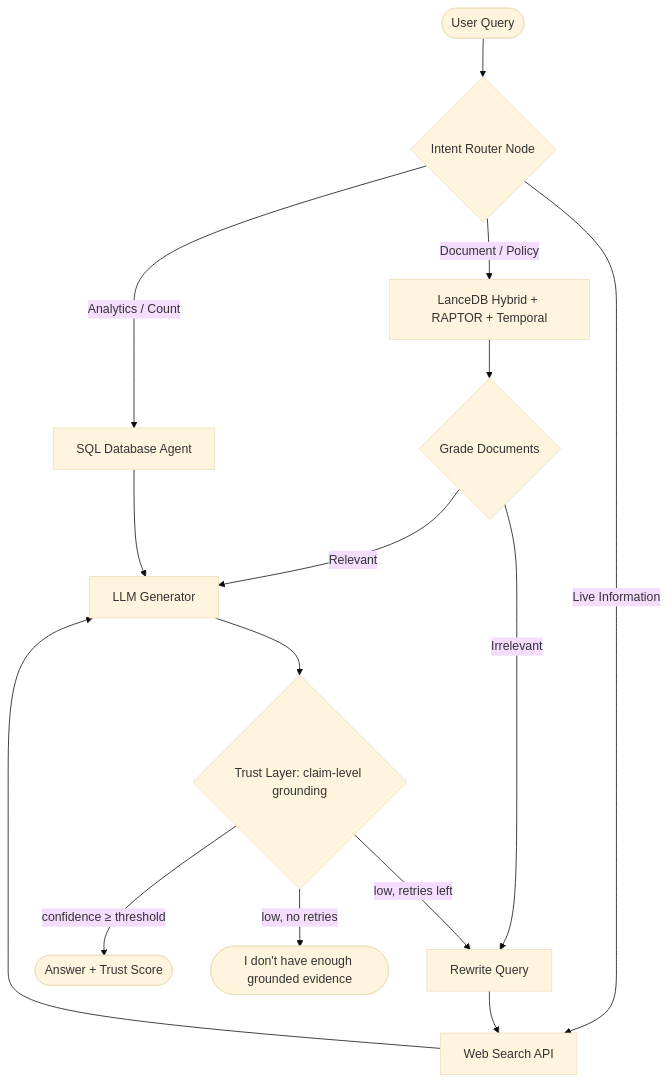
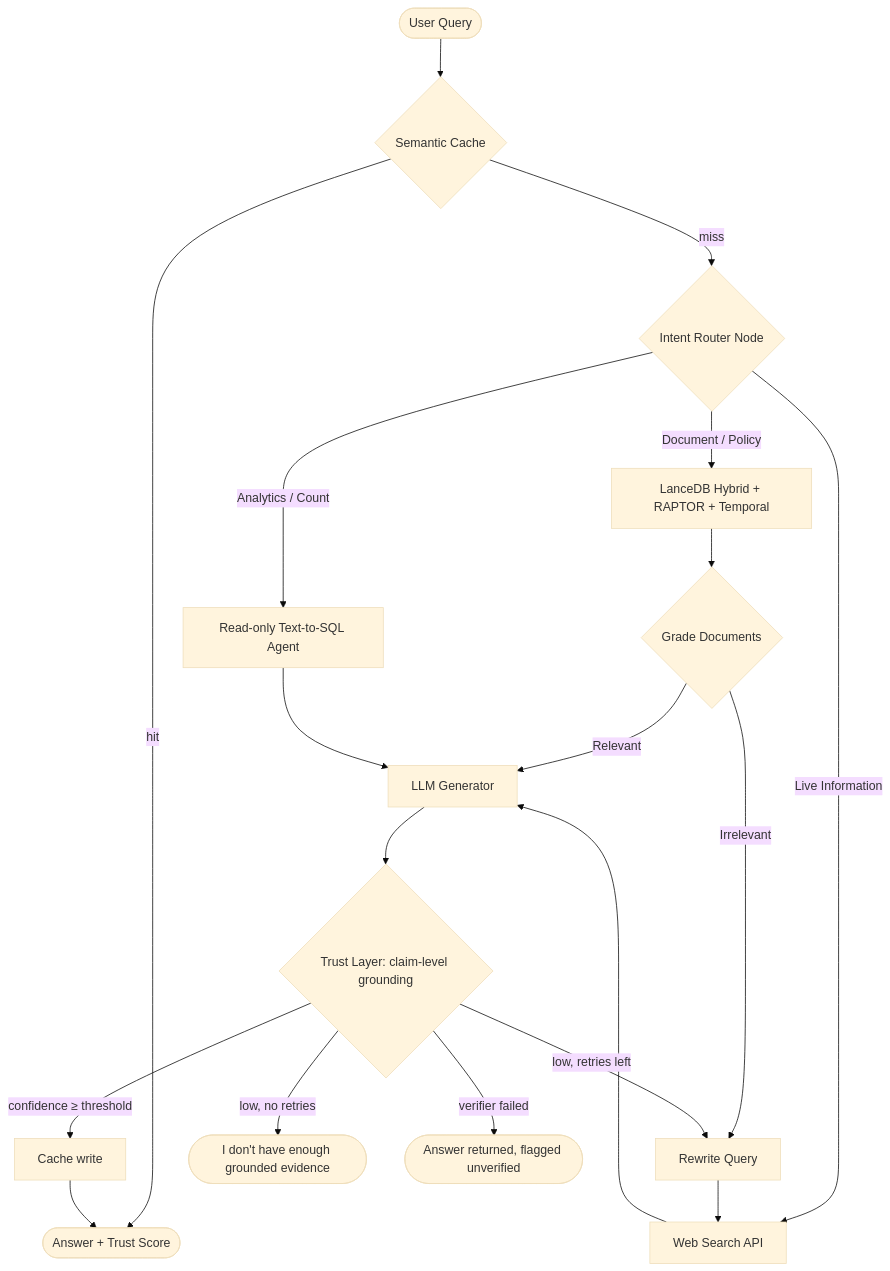
Before and after one commit to TushirSahu/CRAG: the diagram in README.md, drawn with Mermaid (base theme). The commit also changed other lines of this file and 23 other files, not shown here.

````diff
--- a/README.md
+++ b/README.md
@@ -42,21 +42,24 @@
 ```mermaid
 graph TD
-    User([User Query]) --> Router{Intent Router Node}
+    User([User Query]) --> Cache{Semantic Cache}
+    Cache -->|hit| Output
+    Cache -->|miss| Router{Intent Router Node}
 
     Router -->|Document / Policy| Retriever[LanceDB Hybrid + RAPTOR + Temporal]
-    Router -->|Analytics / Count| SQL[SQL Database Agent]
+    Router -->|Analytics / Count| SQL[Read-only Text-to-SQL Agent]
     Router -->|Live Information| Web[Web Search API]
 
     Retriever --> Grader{Grade Documents}
     Grader -->|Relevant| Generator[LLM Generator]
     Grader -->|Irrelevant| Rewriter[Rewrite Query]
 
     Rewriter --> Web
     Web --> Generator
     SQL --> Generator
 
     Generator --> Verify{Trust Layer: claim-level grounding}
-    Verify -->|confidence ≥ threshold| Output([Answer + Trust Score])
+    Verify -->|confidence ≥ threshold| Cache2[Cache write] --> Output([Answer + Trust Score])
     Verify -->|low, retries left| Rewriter
     Verify -->|low, no retries| Abstain([I don't have enough grounded evidence])
+    Verify -->|verifier failed| Unverified([Answer returned, flagged unverified])
 ```
````
